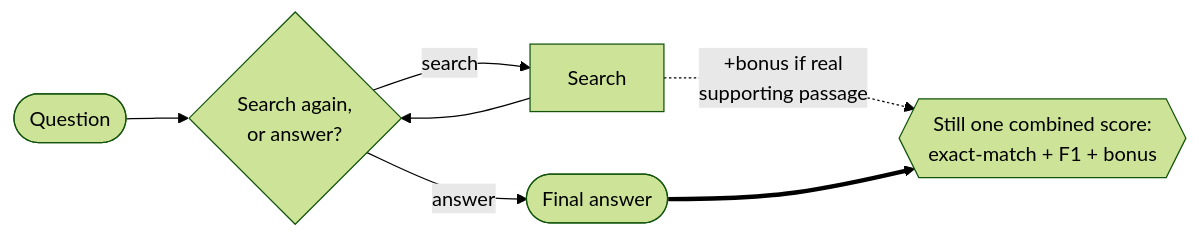
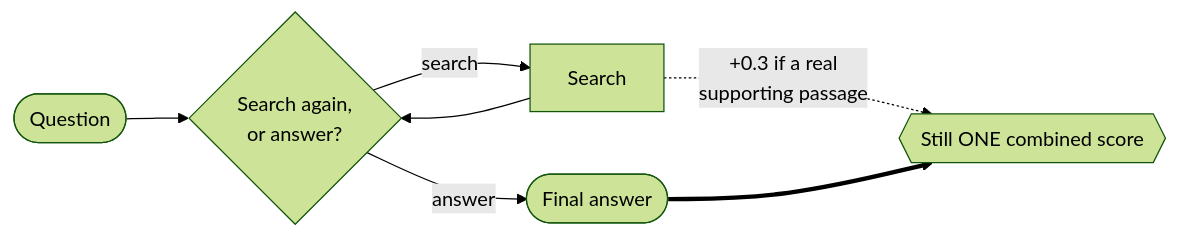
One commit to redswimmer/turn-level-rewards changed the third of 6 diagrams in README.md. Above: the diagram before and after it, drawn with Mermaid (forest theme). The commit also changed other lines of this file and 5 other files, not shown here.

````diff
--- a/README.md
+++ b/README.md
@@ -90,9 +86,9 @@
 ```mermaid
 flowchart LR
     Q2(["Question"]) --> D2{"Search again,<br/>or answer?"}
     D2 -- search --> S2["Search"]
     S2 --> D2
-    S2 -.->|"+bonus if real<br/>supporting passage"| R2
+    S2 -.->|"+0.3 if a real<br/>supporting passage"| R2
     D2 -- answer --> A2(["Final answer"])
-    A2 ==> R2{{"Still one combined score:<br/>exact-match + F1 + bonus"}}
+    A2 ==> R2{{"Still ONE combined score"}}
 ```
````
